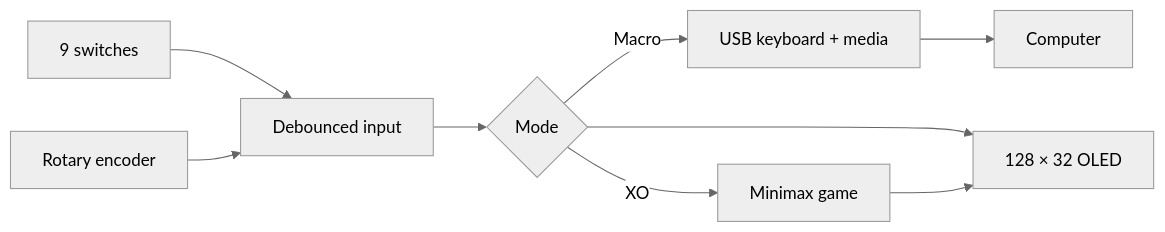
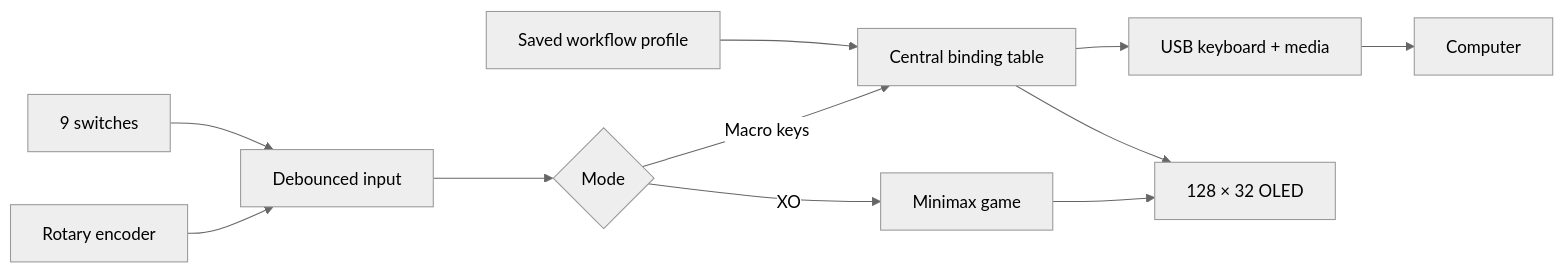
Before and after one commit to syntaxguild/tacpad-9: the diagram in README.md, drawn with Mermaid (neutral theme). The commit also changed other lines of this file and 12 other files, not shown here.

````diff
--- a/README.md
+++ b/README.md
@@ -82,11 +88,13 @@
 ```mermaid
 flowchart LR
     K[9 switches] --> I[Debounced input]
     E[Rotary encoder] --> I
     I --> M{Mode}
-    M -->|Macro| H[USB keyboard + media]
+    P[Saved workflow profile] --> B[Central binding table]
+    M -->|Macro keys| B
+    B --> H[USB keyboard + media]
     H --> PC[Computer]
     M -->|XO| G[Minimax game]
-    M --> O[128 × 32 OLED]
+    B --> O[128 × 32 OLED]
     G --> O
 ```
````
